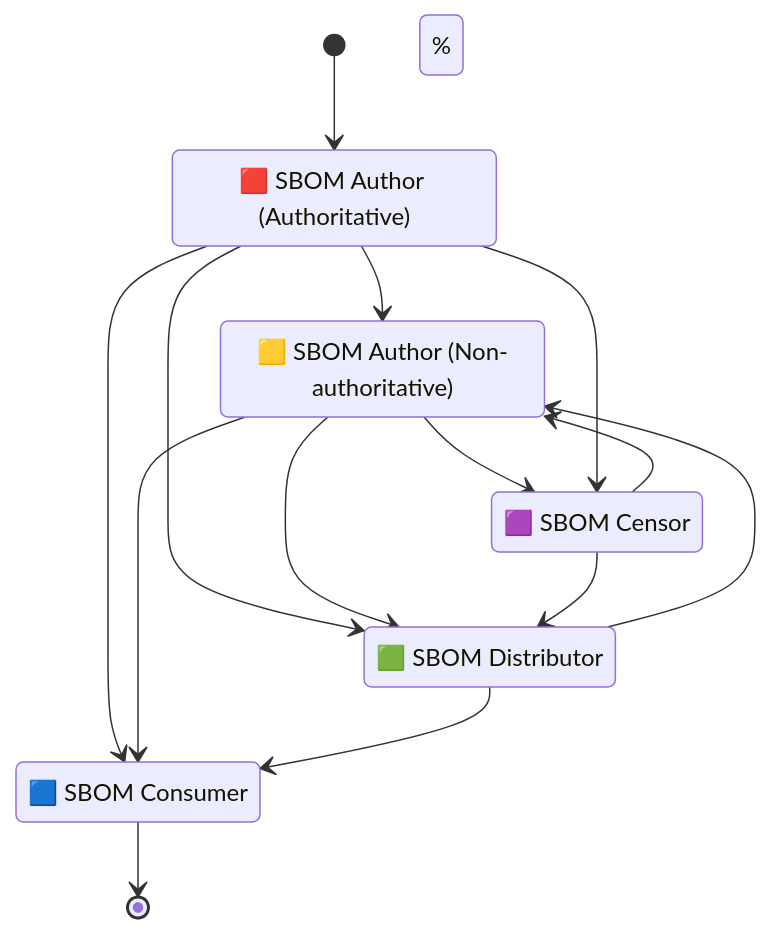
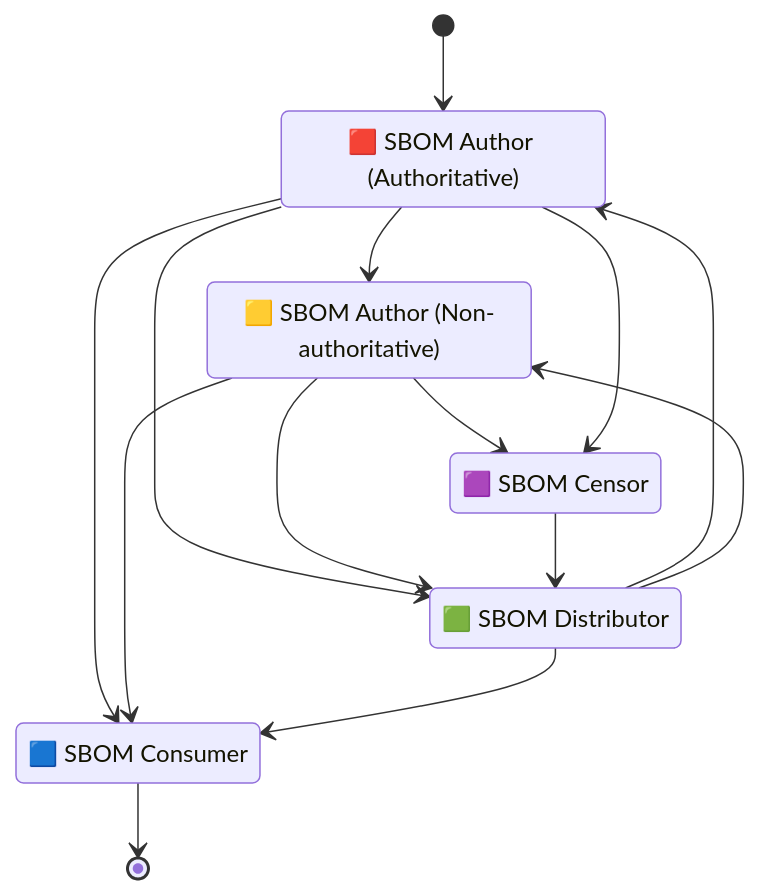
Before and after one commit to CPAN-Security/security.metacpan.org: the second of 3 diagrams in docs/supplychain-sbom.md, drawn with Mermaid. The commit also changed other lines of this file, not shown here.

Commit message:
Propose addition of a CDN to the (simple) supply chain graph

````diff
--- a/docs/supplychain-sbom.md
+++ b/docs/supplychain-sbom.md
@@ -93,28 +98,28 @@
 ```mermaid
 stateDiagram-v2
     direction TB
     accTitle: Metadata Roles and Operations
 
     state "🟥 SBOM Author (Authoritative)" as sbom_author
     state "🟨 SBOM Author (Non-authoritative)" as sbom_assembler
     state "🟩 SBOM Distributor" as sbom_distributor
     state "🟦 SBOM Consumer" as sbom_consumer
     state "🟪 SBOM Censor" as sbom_censor
 
     [*]              --> sbom_author
-%   sbom_distributor --> sbom_assembler
-%   sbom_censor      --> sbom_assembler
+    sbom_distributor --> sbom_author
+    sbom_distributor --> sbom_assembler
     sbom_author      --> sbom_assembler
     sbom_assembler   --> sbom_censor
     sbom_author      --> sbom_censor
     sbom_author      --> sbom_distributor
     sbom_assembler   --> sbom_distributor
     sbom_censor      --> sbom_distributor
     sbom_author      --> sbom_consumer
     sbom_assembler   --> sbom_consumer
     sbom_distributor --> sbom_consumer
     sbom_consumer    --> [*]
 
     %% Copyright © 2024 Salve J. Nilsen <sjn@oslo.pm>
     %% Some rights reserved. Licenced CC-BY-SA-4.0
 ```
````
